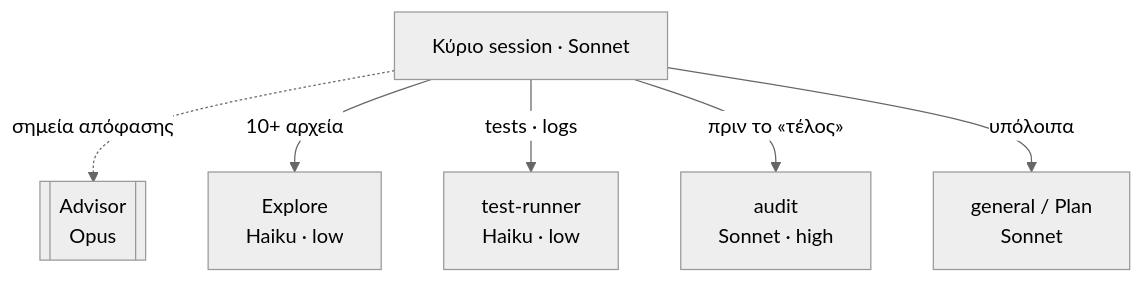
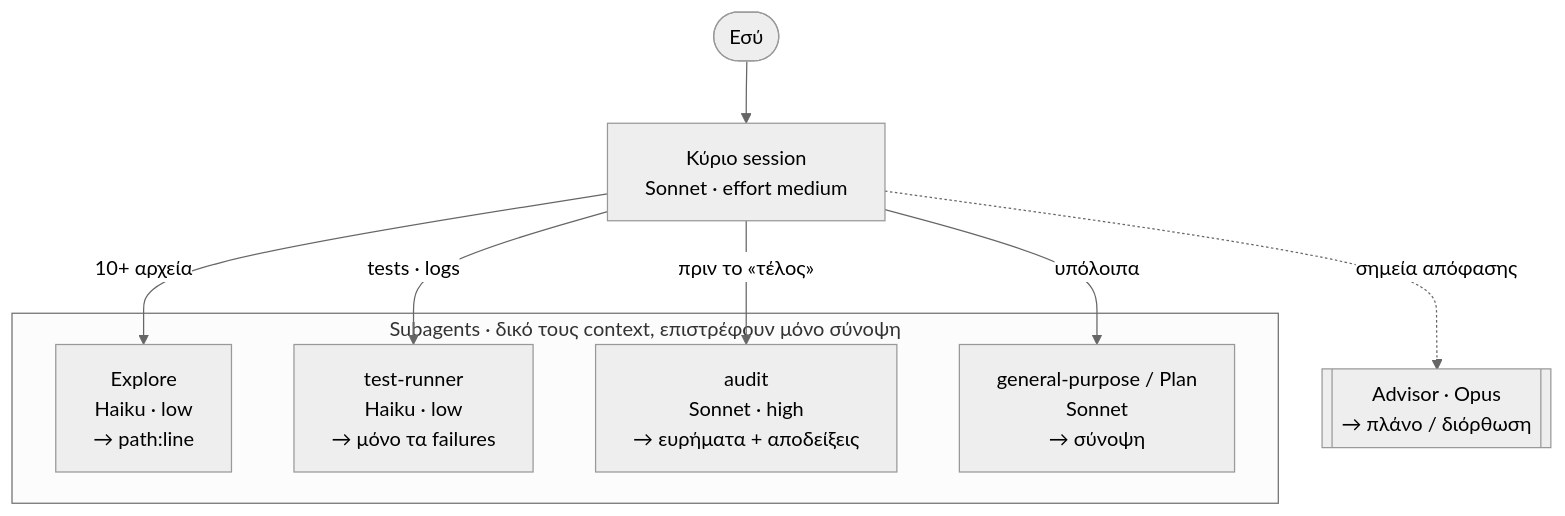
The first of 2 diagrams in plugins/repo-mode/README.md (kniko/claude-plugins), drawn with Mermaid (neutral theme) before and after one commit. The commit also changed other lines of this file, not shown here.

Commit message:
repo-mode README: diagrams with more detail, still compact

````diff
--- a/plugins/repo-mode/README.md
+++ b/plugins/repo-mode/README.md
@@ -24,9 +24,15 @@
 ```mermaid
 flowchart TD
-    M["Κύριο session · Sonnet"]
-    M -.->|"σημεία απόφασης"| A[["Advisor<br/>Opus"]]
-    M -->|"10+ αρχεία"| E["Explore<br/>Haiku · low"]
-    M -->|"tests · logs"| T["test-runner<br/>Haiku · low"]
-    M -->|"πριν το «τέλος»"| R["audit<br/>Sonnet · high"]
-    M -->|"υπόλοιπα"| G["general / Plan<br/>Sonnet"]
+    U(["Εσύ"]) --> M["Κύριο session<br/>Sonnet · effort medium"]
+    M -.->|"σημεία απόφασης"| A[["Advisor · Opus<br/>→ πλάνο / διόρθωση"]]
+    subgraph SA ["Subagents · δικό τους context, επιστρέφουν μόνο σύνοψη"]
+        E["Explore<br/>Haiku · low<br/>→ path:line"]
+        T["test-runner<br/>Haiku · low<br/>→ μόνο τα failures"]
+        R["audit<br/>Sonnet · high<br/>→ ευρήματα + αποδείξεις"]
+        G["general-purpose / Plan<br/>Sonnet<br/>→ σύνοψη"]
+    end
+    M -->|"10+ αρχεία"| E
+    M -->|"tests · logs"| T
+    M -->|"πριν το «τέλος»"| R
+    M -->|"υπόλοιπα"| G
 ```
````
